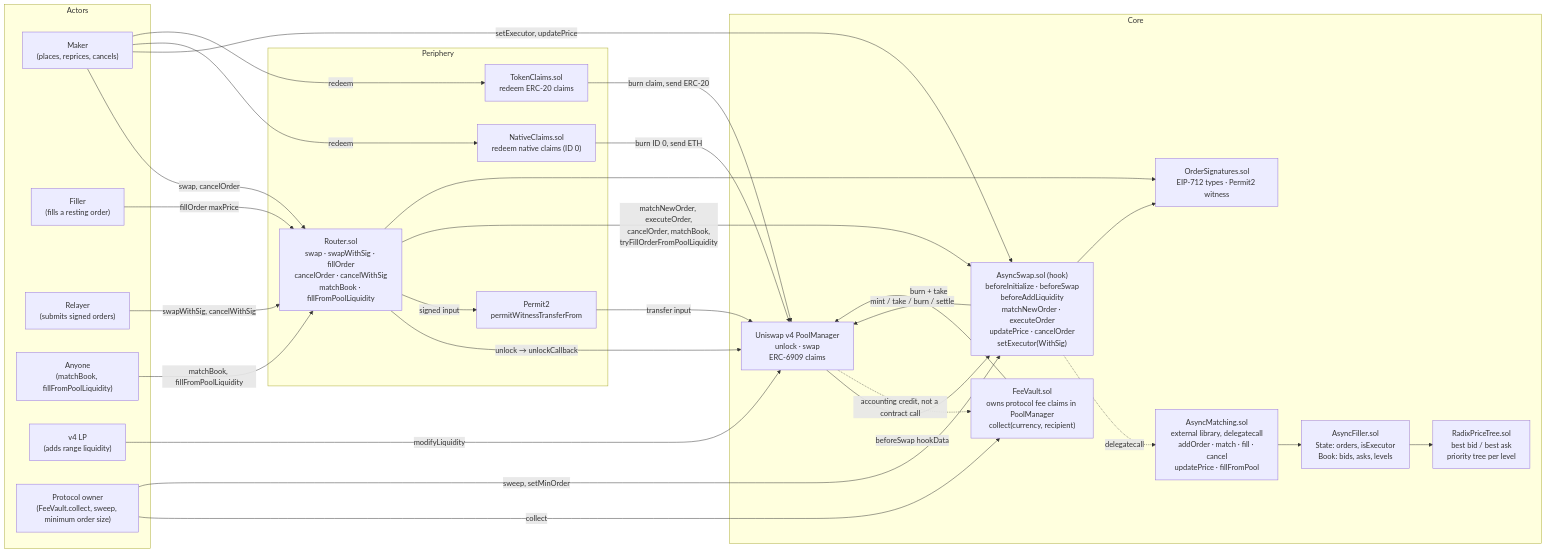
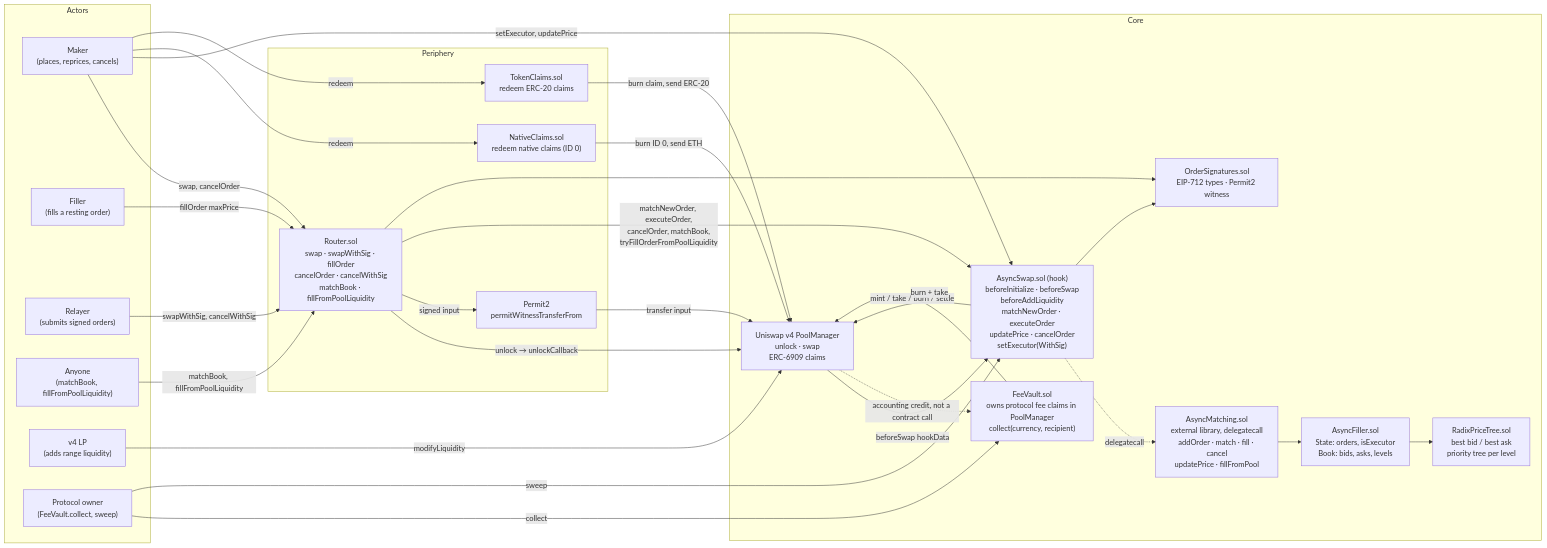
The first of 5 diagrams in docs/protocol.md (asyncswap/contracts), drawn with Mermaid before and after one commit. The commit also changed other lines of this file and 50 other files, not shown here.

````diff
--- a/docs/protocol.md
+++ b/docs/protocol.md
@@ -10,55 +10,55 @@
 ```mermaid
 flowchart LR
     subgraph Actors
         Maker["Maker<br/>(places, reprices, cancels)"]
         Filler["Filler<br/>(fills a resting order)"]
         Relayer["Relayer<br/>(submits signed orders)"]
         Keeper["Anyone<br/>(matchBook, fillFromPoolLiquidity)"]
         LP["v4 LP<br/>(adds range liquidity)"]
-        Owner["Protocol owner<br/>(FeeVault.collect, sweep, minimum order size)"]
+        Owner["Protocol owner<br/>(FeeVault.collect, sweep)"]
     end
 
     subgraph Periphery
         Router["Router.sol<br/>swap · swapWithSig · fillOrder<br/>cancelOrder · cancelWithSig<br/>matchBook · fillFromPoolLiquidity"]
         Permit2["Permit2<br/>permitWitnessTransferFrom"]
         NativeClaims["NativeClaims.sol<br/>redeem native claims (ID 0)"]
         TokenClaims["TokenClaims.sol<br/>redeem ERC-20 claims"]
     end
 
     subgraph Core
         PM["Uniswap v4 PoolManager<br/>unlock · swap<br/>ERC-6909 claims"]
         Hook["AsyncSwap.sol (hook)<br/>beforeInitialize · beforeSwap<br/>beforeAddLiquidity<br/>matchNewOrder · executeOrder<br/>updatePrice · cancelOrder<br/>setExecutor(WithSig)"]
         Matching["AsyncMatching.sol<br/>external library, delegatecall<br/>addOrder · match · fill · cancel<br/>updatePrice · fillFromPool"]
         Filler_["AsyncFiller.sol<br/>State: orders, isExecutor<br/>Book: bids, asks, levels"]
         Radix["RadixPriceTree.sol<br/>best bid / best ask<br/>priority tree per level"]
         Sigs["OrderSignatures.sol<br/>EIP-712 types · Permit2 witness"]
         Vault["FeeVault.sol<br/>owns protocol fee claims in PoolManager<br/>collect(currency, recipient)"]
     end
 
     Maker -->|swap, cancelOrder| Router
     Maker -->|setExecutor, updatePrice| Hook
     Relayer -->|swapWithSig, cancelWithSig| Router
     Filler -->|fillOrder maxPrice| Router
     Keeper -->|matchBook, fillFromPoolLiquidity| Router
     LP -->|modifyLiquidity| PM
     Owner -->|collect| Vault
-    Owner -->|sweep, setMinOrder| Hook
+    Owner -->|sweep| Hook
 
     Router -->|unlock → unlockCallback| PM
     Router -->|signed input| Permit2
     Permit2 -->|transfer input| PM
     PM -->|beforeSwap hookData| Hook
     Router -->|matchNewOrder, executeOrder,<br/>cancelOrder, matchBook,<br/>tryFillOrderFromPoolLiquidity| Hook
     Hook -.->|delegatecall| Matching
     Matching --> Filler_
     Filler_ --> Radix
     Hook --> Sigs
     Router --> Sigs
     Hook -->|mint / take / burn / settle| PM
     PM -.->|accounting credit, not a contract call| Vault
     Vault -->|burn + take| PM
     Maker -->|redeem| NativeClaims
     NativeClaims -->|burn ID 0, send ETH| PM
     Maker -->|redeem| TokenClaims
     TokenClaims -->|burn claim, send ERC-20| PM
 ```
````
